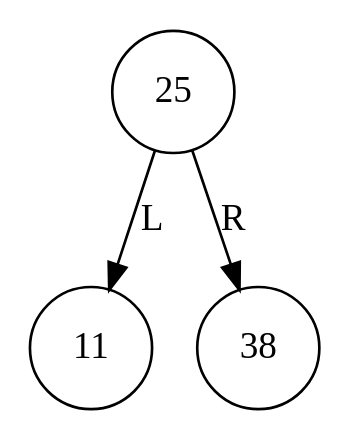
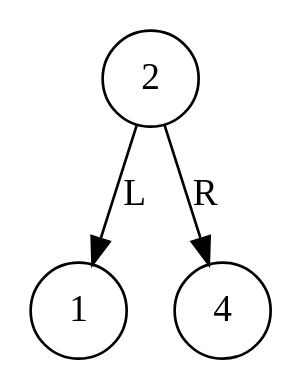
One commit to FranklinONP/EDD_PROYECTO_202200089 changed the diagram in Fase2_EDD/graphABB_AVL.dot. Above: the diagram before and after it, drawn with Graphviz. The commit also changed 11 other files, not shown here.

```diff
--- a/Fase2_EDD/graphABB_AVL.dot
+++ b/Fase2_EDD/graphABB_AVL.dot
@@ -1,8 +1,8 @@
 digraph G{
 node [shape=circle];
-"2308097560816"[label="25"];
-"2308097560896"[label="11"];
-"2308097560976"[label="38"];
-"2308097560816" -> "2308097560896" [label = "L"];
-"2308097560816" -> "2308097560976" [label = "R"];
+"2409169820240"[label="2"];
+"2409171486560"[label="1"];
+"2409171486672"[label="4"];
+"2409169820240" -> "2409171486560" [label = "L"];
+"2409169820240" -> "2409171486672" [label = "R"];
 }
```
